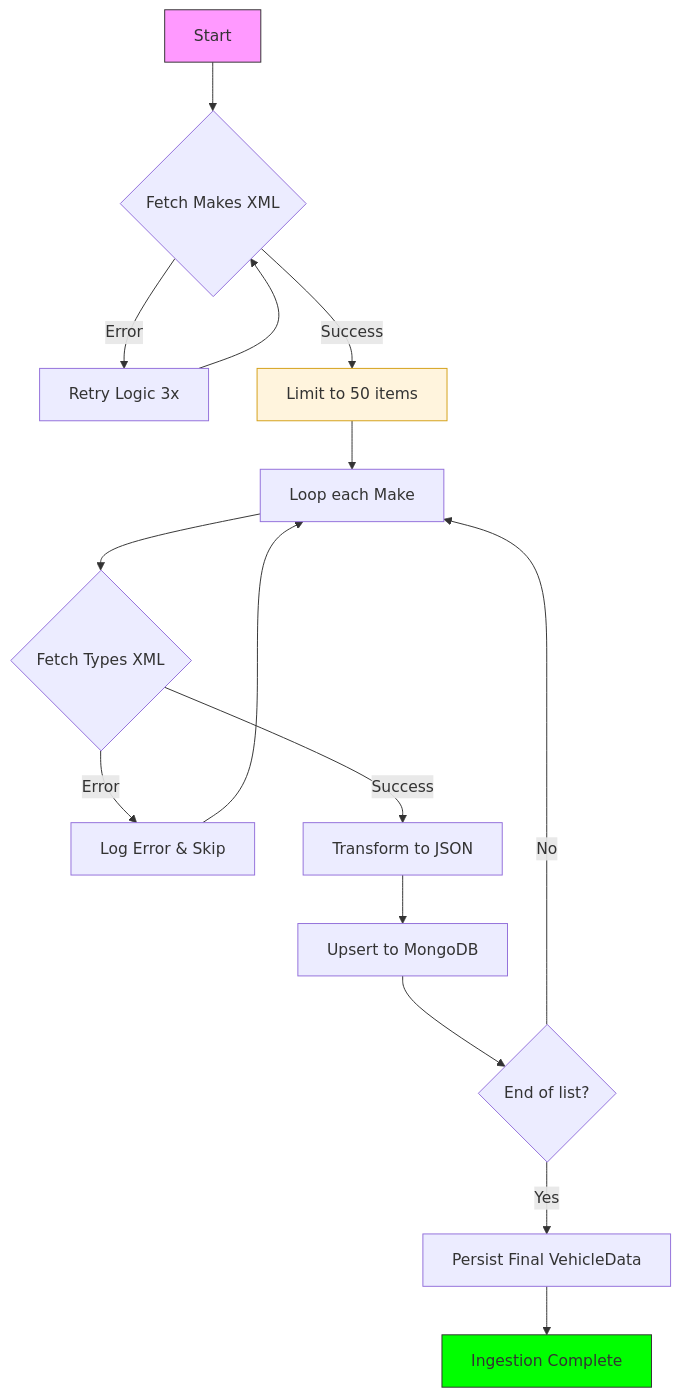
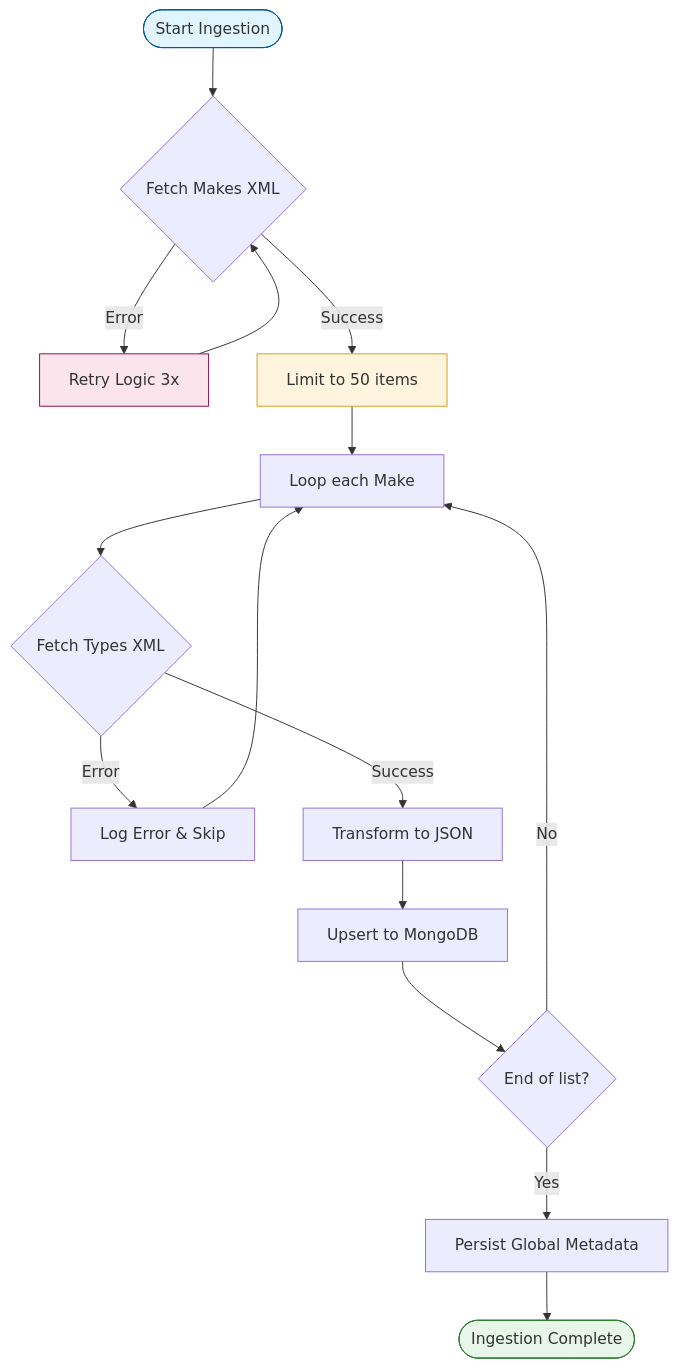
The diagram in README.md (gabisinhas/backend-insightglobal-application), drawn with Mermaid before and after one commit. The commit also changed other lines of this file and 10 other files, not shown here.

````diff
--- a/README.md
+++ b/README.md
@@ -99,24 +107,25 @@
 ```mermaid
 graph TD
-    Start[Start] --> FetchMakes{Fetch Makes XML}
+    Start([Start Ingestion]) --> FetchMakes{Fetch Makes XML}
     FetchMakes -- Error --> Retry[Retry Logic 3x]
     Retry --> FetchMakes
     FetchMakes -- Success --> Limit[Limit to 50 items]
     
     Limit --> Loop[Loop each Make]
     Loop --> FetchTypes{Fetch Types XML}
     FetchTypes -- Error --> LogSkip[Log Error & Skip]
     LogSkip --> Loop
     FetchTypes -- Success --> Transform[Transform to JSON]
     
     Transform --> Upsert[Upsert to MongoDB]
     Upsert --> CheckEnd{End of list?}
     
     CheckEnd -- No --> Loop
-    CheckEnd -- Yes --> FinalDoc[Persist Final VehicleData]
-    FinalDoc --> Success[Ingestion Complete]
+    CheckEnd -- Yes --> FinalDoc[Persist Global Metadata]
+    FinalDoc --> Success([Ingestion Complete])
 
-    style Start fill:#f9f,stroke:#333
-    style Success fill:#0f0,stroke:#333
+    style Start fill:#e1f5fe,stroke:#01579b
+    style Success fill:#e8f5e9,stroke:#2e7d32
     style Limit fill:#fff4dd,stroke:#d4a017
+    style Retry fill:#fce4ec,stroke:#880e4f
 ```
````
